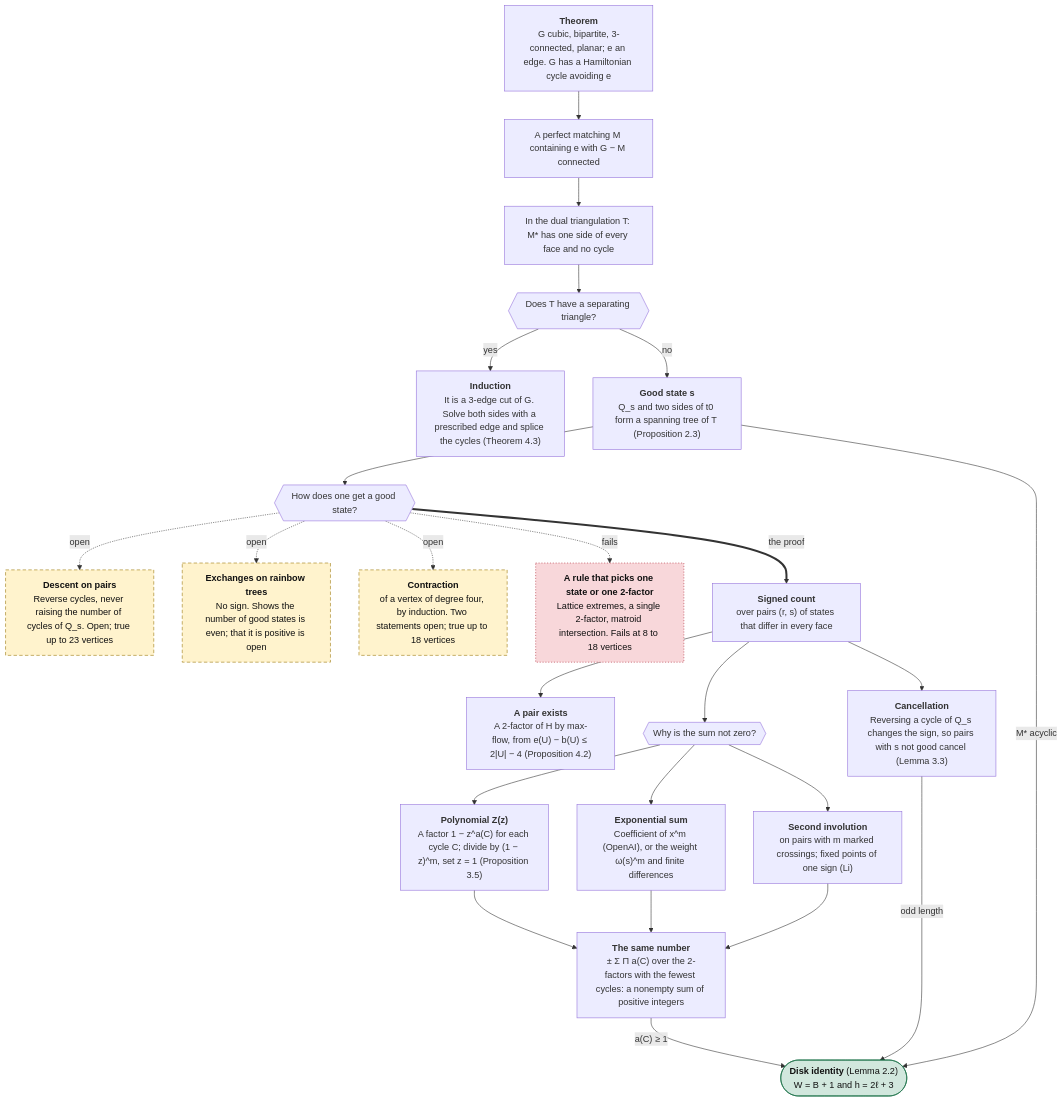
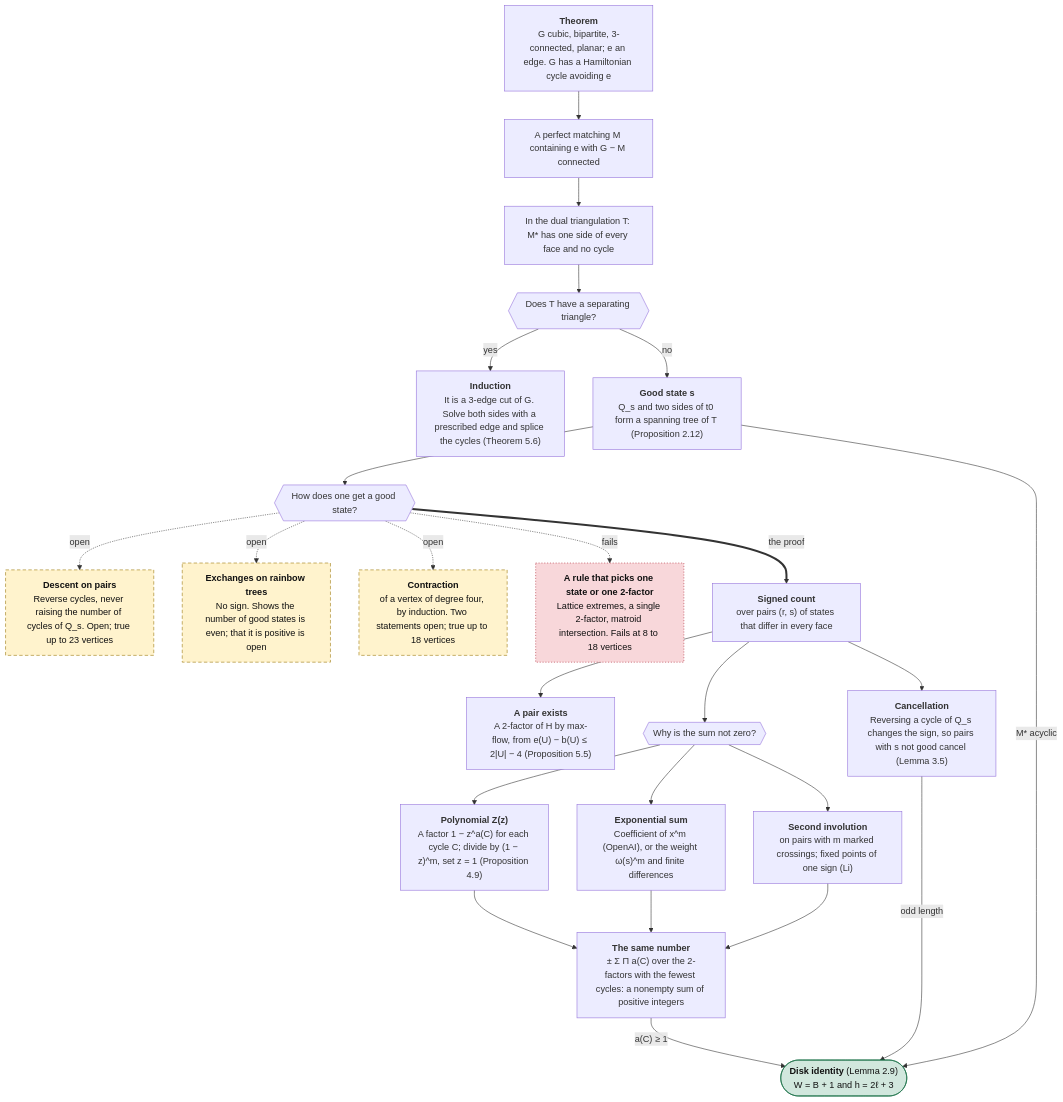
One commit to Tomodovodoo/mathathon-Barnette-s-Conjecture changed the diagram in digestions/routes.md. Above: the diagram before and after it, drawn with Mermaid. The commit also changed other lines of this file and 1 other file, not shown here.

````diff
--- a/digestions/routes.md
+++ b/digestions/routes.md
@@ -9,53 +9,53 @@
 ```mermaid
 flowchart TD
     THM["<b>Theorem</b><br/>G cubic, bipartite, 3-connected, planar; e an edge. G has a Hamiltonian cycle avoiding e"]
     MATCH["A perfect matching M containing e with G − M connected"]
     DUAL["In the dual triangulation T: M* has one side of every face and no cycle"]
     SEP{{"Does T have a separating triangle?"}}
-    CUT["<b>Induction</b><br/>It is a 3-edge cut of G. Solve both sides with a prescribed edge and splice the cycles (Theorem 4.3)"]
-    GOOD["<b>Good state s</b><br/>Q_s and two sides of t0 form a spanning tree of T (Proposition 2.3)"]
+    CUT["<b>Induction</b><br/>It is a 3-edge cut of G. Solve both sides with a prescribed edge and splice the cycles (Theorem 5.6)"]
+    GOOD["<b>Good state s</b><br/>Q_s and two sides of t0 form a spanning tree of T (Proposition 2.12)"]
     HOW{{"How does one get a good state?"}}
 
     THM --> MATCH --> DUAL --> SEP
     SEP -- yes --> CUT
     SEP -- no --> GOOD --> HOW
 
     DESC["<b>Descent on pairs</b><br/>Reverse cycles, never raising the number of cycles of Q_s. Open; true up to 23 vertices"]
     RAIN["<b>Exchanges on rainbow trees</b><br/>No sign. Shows the number of good states is even; that it is positive is open"]
     CONTR["<b>Contraction</b><br/>of a vertex of degree four, by induction. Two statements open; true up to 18 vertices"]
     RULE["<b>A rule that picks one state or one 2-factor</b><br/>Lattice extremes, a single 2-factor, matroid intersection. Fails at 8 to 18 vertices"]
 
     COUNT["<b>Signed count</b><br/>over pairs (r, s) of states that differ in every face"]
-    PAIR["<b>A pair exists</b><br/>A 2-factor of H by max-flow, from e(U) − b(U) ≤ 2|U| − 4 (Proposition 4.2)"]
-    CANCEL["<b>Cancellation</b><br/>Reversing a cycle of Q_s changes the sign, so pairs with s not good cancel (Lemma 3.3)"]
+    PAIR["<b>A pair exists</b><br/>A 2-factor of H by max-flow, from e(U) − b(U) ≤ 2|U| − 4 (Proposition 5.5)"]
+    CANCEL["<b>Cancellation</b><br/>Reversing a cycle of Q_s changes the sign, so pairs with s not good cancel (Lemma 3.5)"]
     NONZ{{"Why is the sum not zero?"}}
 
     HOW -. open .-> DESC
     HOW -. open .-> RAIN
     HOW -. open .-> CONTR
     HOW -. fails .-> RULE
     HOW == the proof ==> COUNT
     COUNT --> PAIR
     COUNT --> NONZ
     COUNT --> CANCEL
 
-    POLY["<b>Polynomial Z(z)</b><br/>A factor 1 − z^a(C) for each cycle C; divide by (1 − z)^m, set z = 1 (Proposition 3.5)"]
+    POLY["<b>Polynomial Z(z)</b><br/>A factor 1 − z^a(C) for each cycle C; divide by (1 − z)^m, set z = 1 (Proposition 4.9)"]
     EXP["<b>Exponential sum</b><br/>Coefficient of x^m (OpenAI), or the weight ω(s)^m and finite differences"]
     INV["<b>Second involution</b><br/>on pairs with m marked crossings; fixed points of one sign (Li)"]
     VAL["<b>The same number</b><br/>± Σ Π a(C) over the 2-factors with the fewest cycles: a nonempty sum of positive integers"]
-    DISK(["<b>Disk identity</b> (Lemma 2.2)<br/>W = B + 1 and h = 2ℓ + 3"])
+    DISK(["<b>Disk identity</b> (Lemma 2.9)<br/>W = B + 1 and h = 2ℓ + 3"])
 
     NONZ --> POLY --> VAL
     NONZ --> EXP --> VAL
     NONZ --> INV --> VAL
     VAL -- "a(C) ≥ 1" --> DISK
     CANCEL -- "odd length" ----> DISK
     GOOD -- "M* acyclic" --> DISK
 
     classDef open fill:#fff3cd,stroke:#997404,color:#111,stroke-dasharray:6 4
     classDef fails fill:#f8d7da,stroke:#b02a37,color:#111,stroke-dasharray:2 3
     classDef key fill:#d1e7dd,stroke:#146c43,color:#111
     class DESC,RAIN,CONTR open
     class RULE fails
     class DISK key
 ```
````
